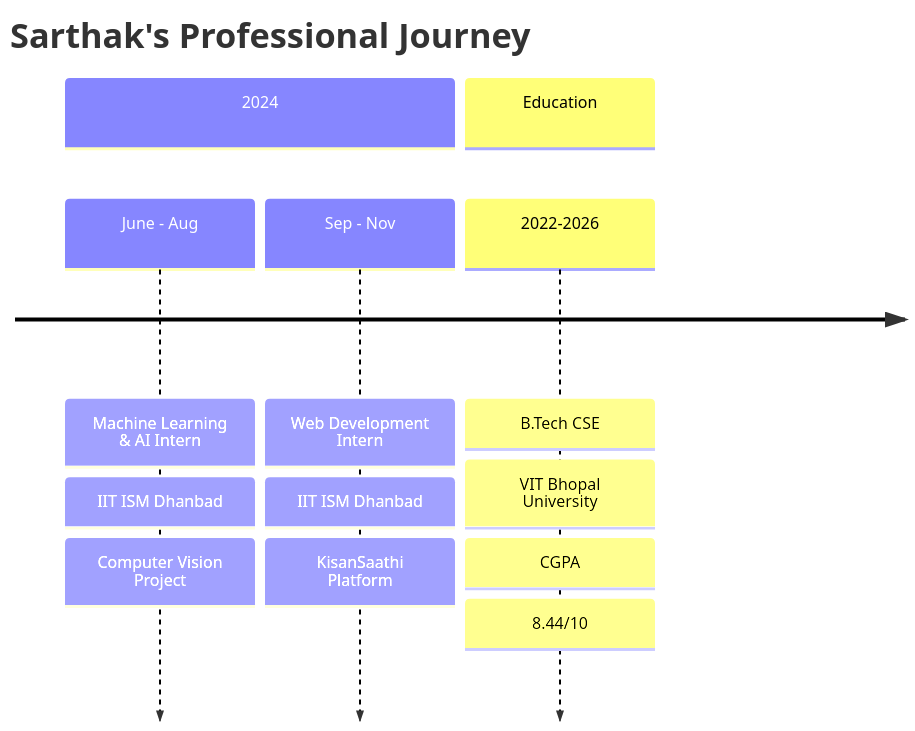
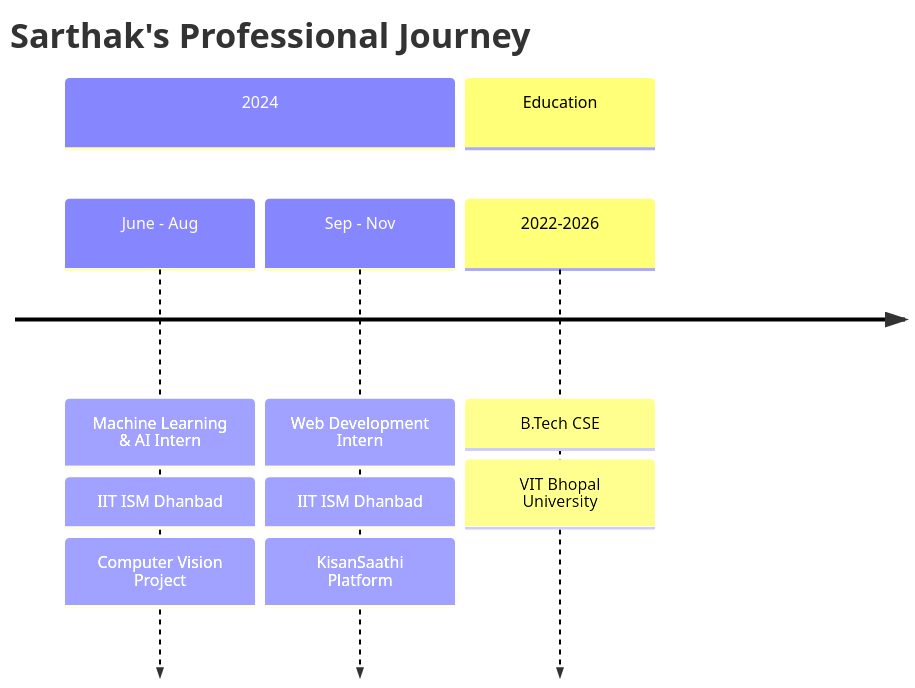
One commit to sarthakraj2903/sarthakraj2903 changed the diagram in README.md. Above: the diagram before and after it, drawn with Mermaid. The commit also changed other lines of this file, not shown here.

````diff
--- a/README.md
+++ b/README.md
@@ -187,18 +187,18 @@
 ```mermaid
 timeline
     title Sarthak's Professional Journey
     
     section 2024
         June - Aug : Machine Learning & AI Intern
                    : IIT ISM Dhanbad
                    : Computer Vision Project
         
         Sep - Nov  : Web Development Intern  
                    : IIT ISM Dhanbad
                    : KisanSaathi Platform
     
     section Education
         2022-2026  : B.Tech CSE
                    : VIT Bhopal University
-                   : CGPA: 8.44/10
+                   
 ```
````
